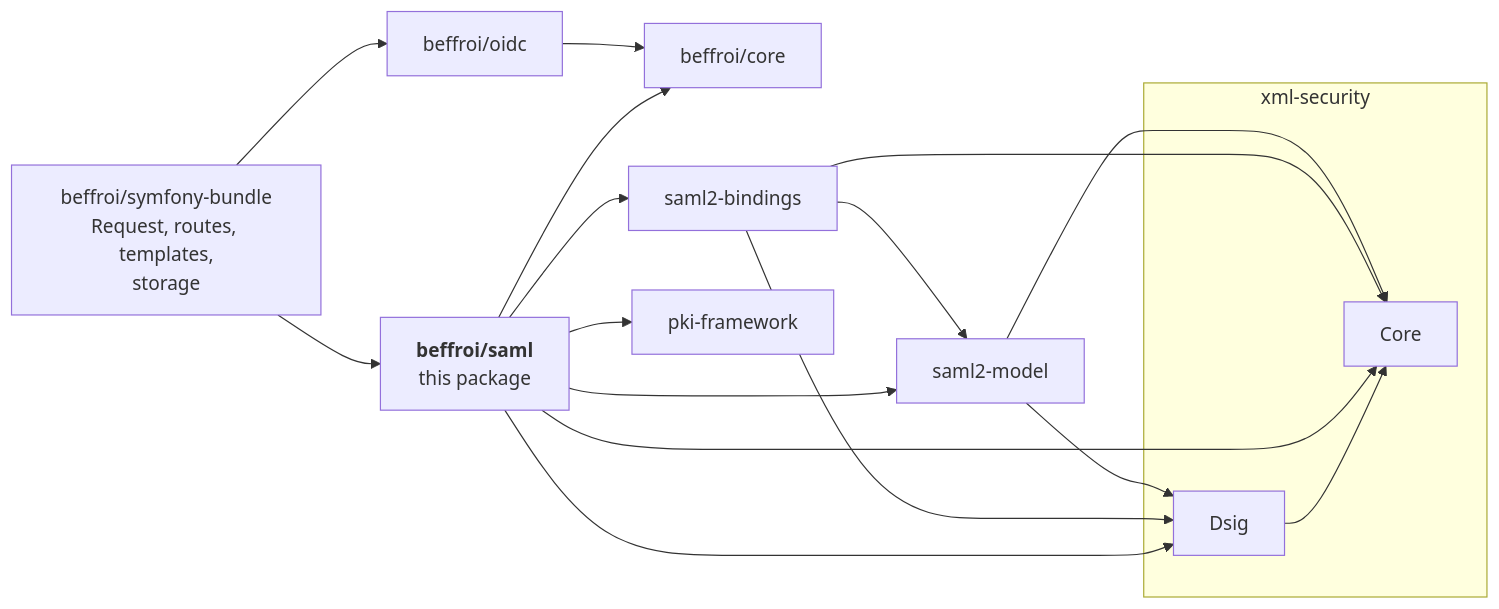
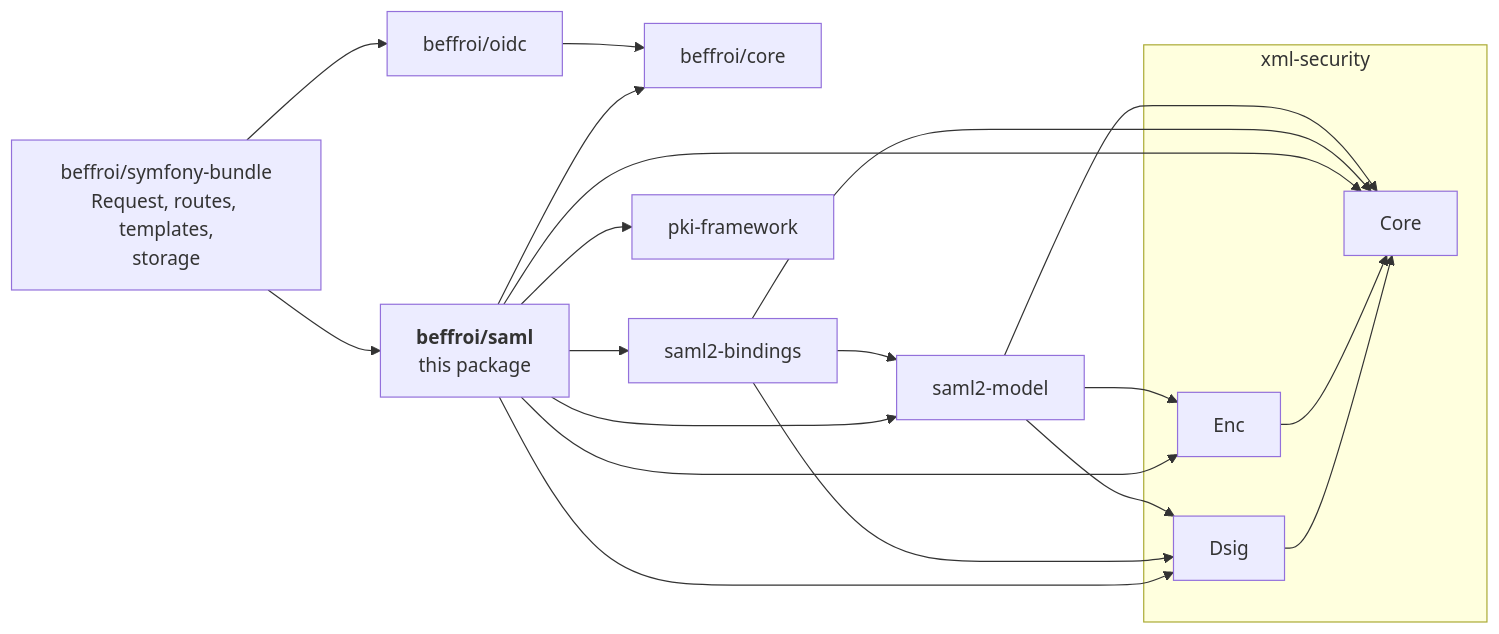
Before and after one commit to beffroi-auth/saml: the diagram in spec/saml.md, drawn with Mermaid. The commit also changed other lines of this file, not shown here.

First line of the commit message:
docs(saml, saml2-model, saml2-bindings): the assertion encrypted for a service provider that asks for it, signed before and after (issue #733)

````diff
--- a/spec/saml.md
+++ b/spec/saml.md
@@ -24,20 +24,23 @@
 ```mermaid
 graph LR
     bundle["beffroi/symfony-bundle<br/>Request, routes, templates,<br/>storage"] --> saml["<b>beffroi/saml</b><br/>this package"]
     bundle --> oidc["beffroi/oidc"]
     saml --> core["beffroi/core"]
     oidc --> core
     saml --> bindings["saml2-bindings"]
     saml --> model["saml2-model"]
     bindings --> model
     subgraph xmlsec["xml-security"]
         dsig["Dsig"] --> xcore["Core"]
+        enc["Enc"] --> xcore
     end
     saml --> xcore
     saml --> dsig
+    saml --> enc
+    model --> enc
     bindings --> xcore
     bindings --> dsig
     model --> xcore
     model --> dsig
     saml --> pki["pki-framework"]
 ```
````
